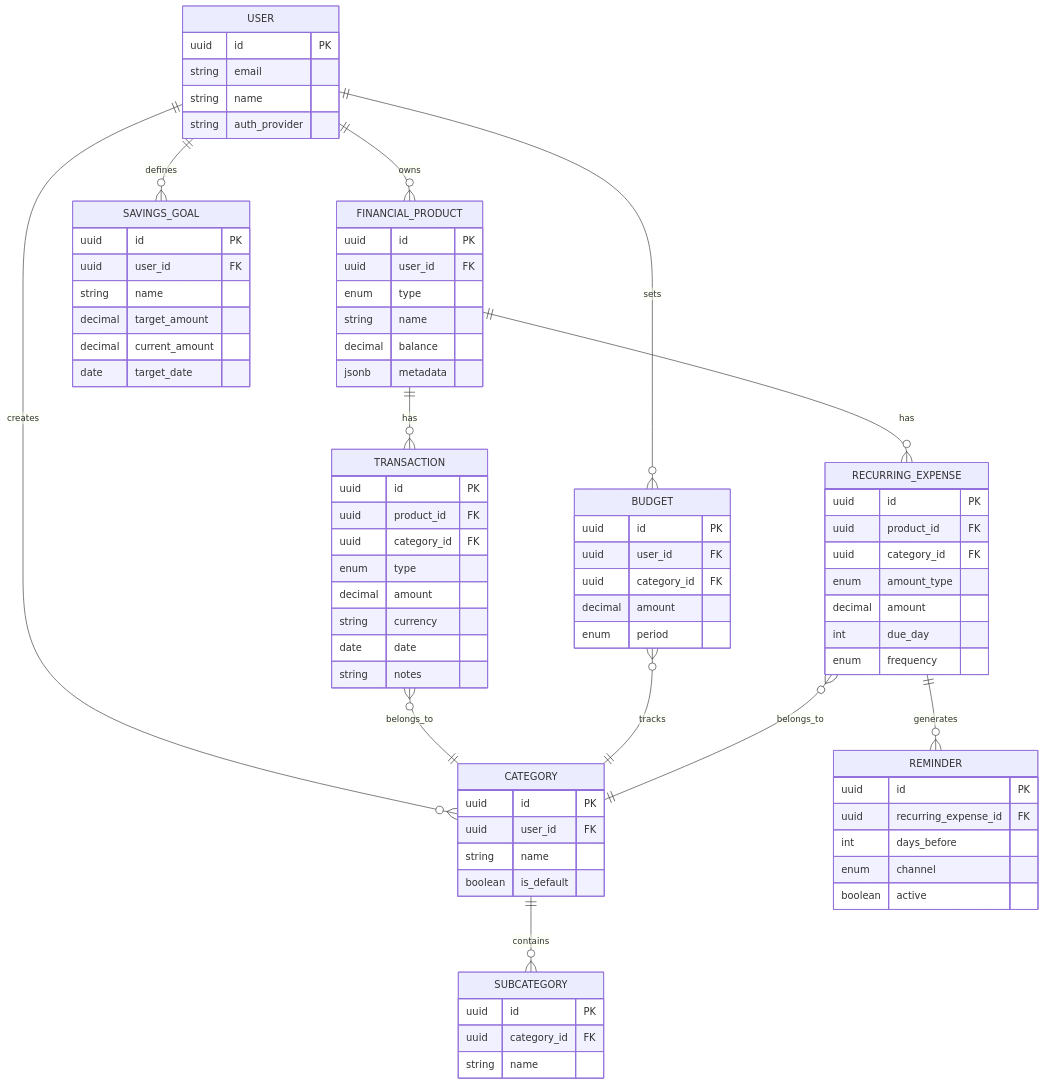
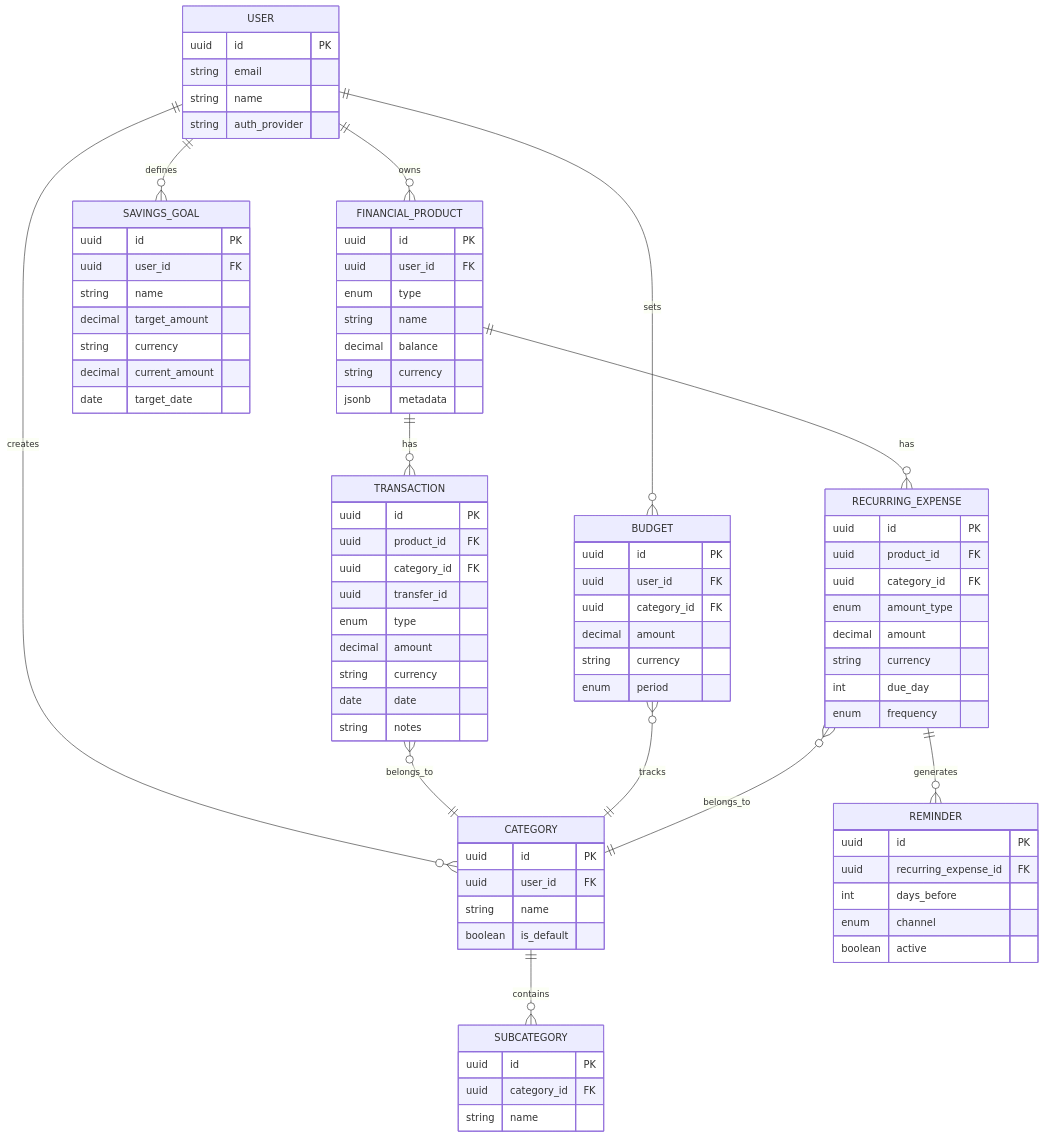
One commit to Dsantiagomj/rumbo changed the third of 8 diagrams in docs/ARCHITECTURE.md. Above: the diagram before and after it, drawn with Mermaid. The commit also changed other lines of this file and 4 other files, not shown here.

```diff
--- a/docs/ARCHITECTURE.md
+++ b/docs/ARCHITECTURE.md
@@ -125,6 +125,7 @@
         enum type
         string name
         decimal balance
+        string currency
         jsonb metadata
     }
 
@@ -132,6 +133,7 @@
         uuid id PK
         uuid product_id FK
         uuid category_id FK
+        uuid transfer_id
         enum type
         decimal amount
         string currency
@@ -157,6 +159,7 @@
         uuid user_id FK
         uuid category_id FK
         decimal amount
+        string currency
         enum period
     }
 
@@ -166,6 +169,7 @@
         uuid category_id FK
         enum amount_type
         decimal amount
+        string currency
         int due_day
         enum frequency
     }
@@ -183,6 +187,7 @@
         uuid user_id FK
         string name
         decimal target_amount
+        string currency
         decimal current_amount
         date target_date
     }
```
